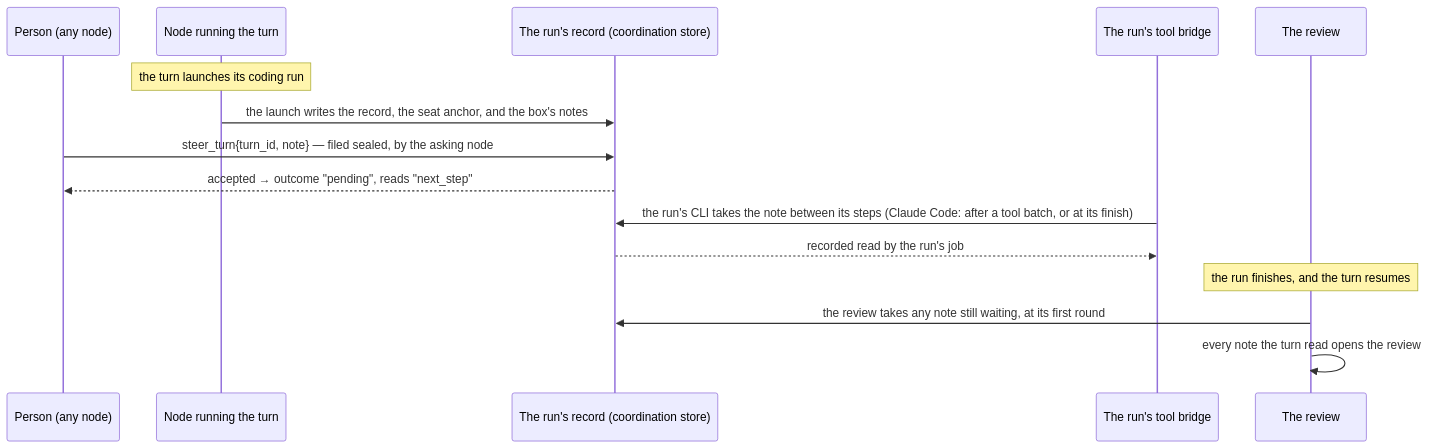
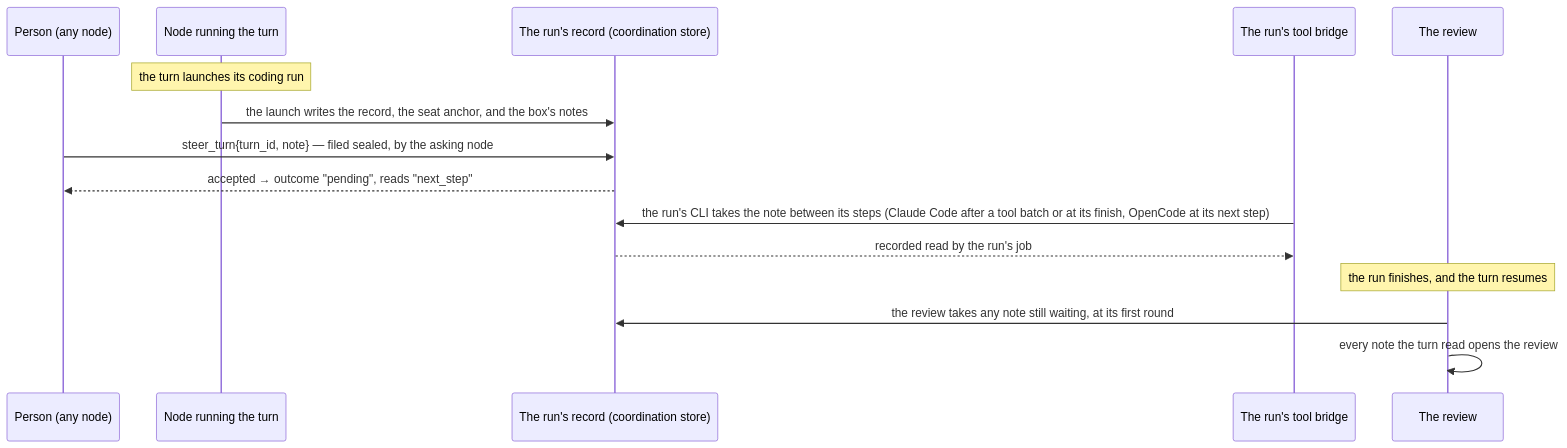
One commit to crewlet/crewlet changed the second of 2 diagrams in docs/concepts/turn-engine.md. Above: the diagram before and after it, drawn with Mermaid. The commit also changed other lines of this file and 23 other files, not shown here.

````diff
--- a/docs/concepts/turn-engine.md
+++ b/docs/concepts/turn-engine.md
@@ -756,17 +756,17 @@
 ```mermaid
 sequenceDiagram
     participant P as Person (any node)
     participant N as Node running the turn
     participant C as The run's record (coordination store)
     participant B as The run's tool bridge
     participant R as The review
     Note over N: the turn launches its coding run
     N->>C: the launch writes the record, the seat anchor, and the box's notes
     P->>C: steer_turn{turn_id, note} — filed sealed, by the asking node
     C-->>P: accepted → outcome "pending", reads "next_step"
-    B->>C: the run's CLI takes the note between its steps (Claude Code: after a tool batch, or at its finish)
+    B->>C: the run's CLI takes the note between its steps (Claude Code after a tool batch or at its finish, OpenCode at its next step)
     C-->>B: recorded read by the run's job
     Note over R: the run finishes, and the turn resumes
     R->>C: the review takes any note still waiting, at its first round
     R->>R: every note the turn read opens the review
 ```
````
